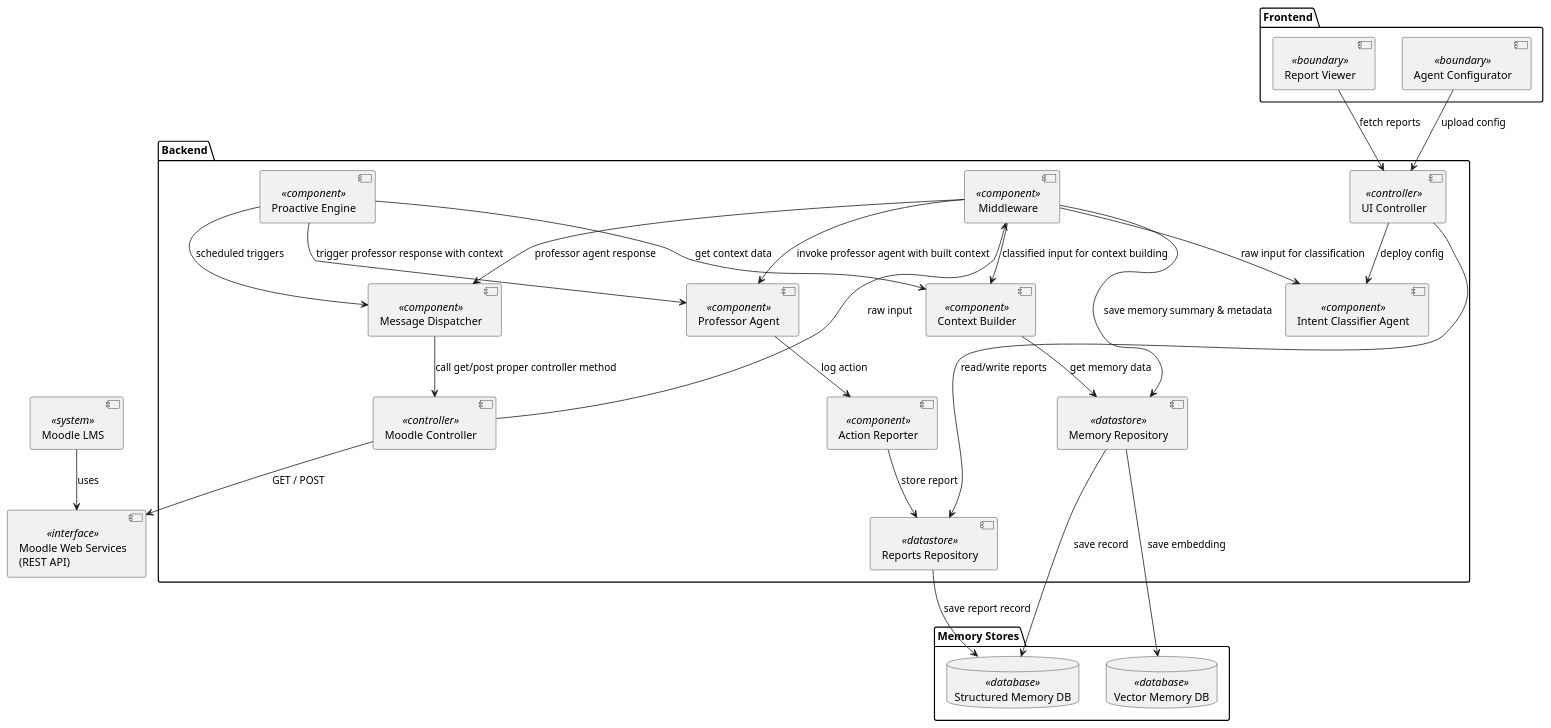
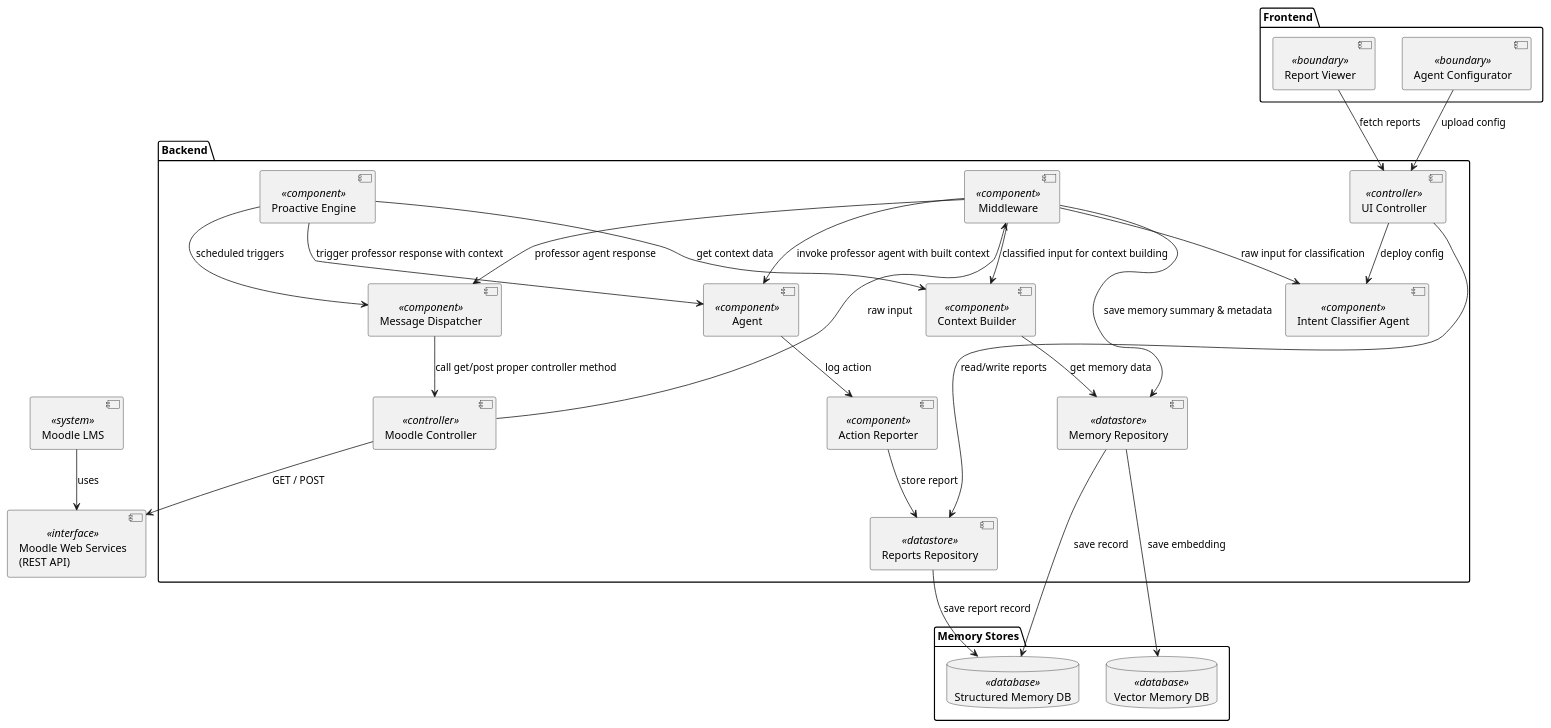
The diagram in arch/components-diagram.puml (gmaragao/profAI), drawn with PlantUML before and after one commit. The commit also changed 22 other files, not shown here.

Commit message:
update diagrams and latest implementations

```diff
--- a/arch/components-diagram.puml
+++ b/arch/components-diagram.puml
@@ -1,75 +1,75 @@
 @startuml components diagram
 ' Use UML2 component style
 skinparam componentStyle uml2
 
 ' External Moodle system
 component "Moodle Web Services\n(REST API)" as MoodleAPI <<interface>>
 component "Moodle LMS" as Moodle <<system>>
 
 Moodle --> MoodleAPI : uses
 
 ' Frontend package
 package "Frontend" {
   component "Report Viewer" as ReportViewer <<boundary>>
   component "Agent Configurator" as AgentConfigurator <<boundary>>
 }
 
 ' Backend package
 package "Backend" {
   component "UI Controller" as UIController <<controller>>
   component "Reports Repository" as ReportsRepo <<datastore>>
   
   component "Middleware" as Middleware <<component>>
   component "Moodle Controller" as MoodleController <<controller>>
   component "Message Dispatcher" as MessageDispatcher <<component>>
   component "Context Builder" as ContextBuilder <<component>>
   component "Memory Repository" as MemoryRepository <<datastore>>
   component "Action Reporter" as ActionReporter <<component>>
 
   component "Intent Classifier Agent" as IntentAgent <<component>>
-  component "Professor Agent" as ProfessorAgent <<component>>
+  component "Agent" as ProfessorAgent <<component>>
   component "Proactive Engine" as ProactiveEngine <<component>>
 }
 
 ' Memory stores
 package "Memory Stores" {
   database "Structured Memory DB" as StructuredDB <<database>>
   database "Vector Memory DB" as VectorDB <<database>>
 }
 
 ' Frontend → Backend interactions
 ReportViewer --> UIController : "fetch reports"
 AgentConfigurator --> UIController : "upload config"
 
 UIController --> ReportsRepo : "read/write reports"
 UIController --> IntentAgent : "deploy config"
 
 ' Middleware flow
 MoodleController --> MoodleAPI : "GET / POST"
 
 
 MoodleController --> Middleware : "raw input"
 Middleware --> IntentAgent : "raw input for classification"
 Middleware --> ContextBuilder : "classified input for context building"
 Middleware --> ProfessorAgent : "invoke professor agent with built context"
 Middleware --> MemoryRepository : "save memory summary & metadata"
 Middleware --> MessageDispatcher : "professor agent response"
 
 
 ContextBuilder --> MemoryRepository : "get memory data"
 
 MessageDispatcher --> MoodleController : "call get/post proper controller method"
 
 MemoryRepository --> StructuredDB : "save record"
 MemoryRepository --> VectorDB : "save embedding"
 
 ProfessorAgent --> ActionReporter : "log action"
 ActionReporter --> ReportsRepo : "store report"
 ReportsRepo --> StructuredDB : "save report record"
 
 ' Proactive engine triggers
 ProactiveEngine --> MessageDispatcher : "scheduled triggers" 
 ProactiveEngine --> ContextBuilder : "get context data"
 ProactiveEngine --> ProfessorAgent : "trigger professor response with context"
 
 @enduml
```
